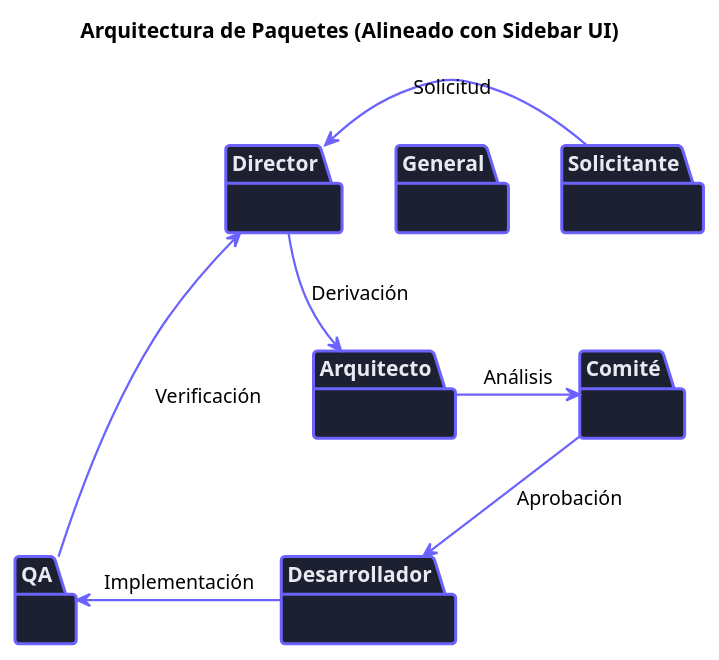
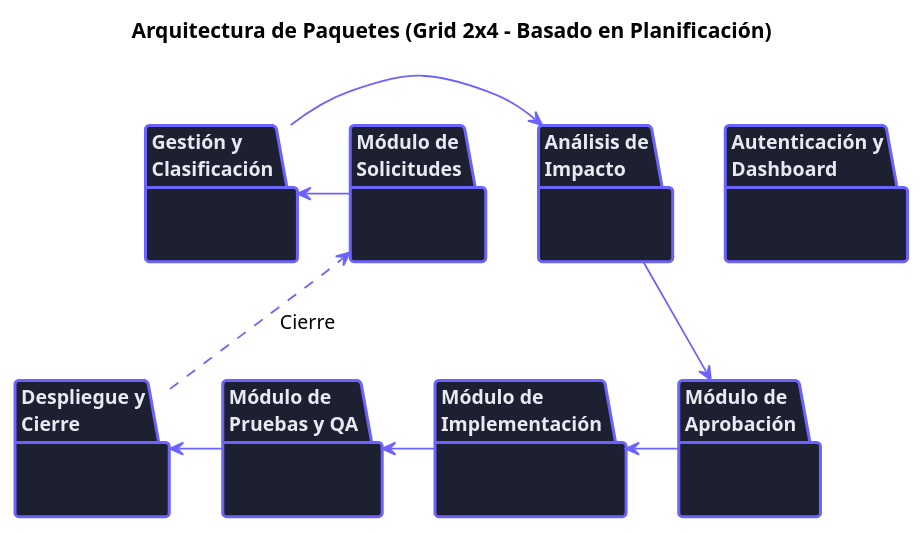
Before and after one commit to nkmelndz/gestion-cambios: the diagram in diagramas/arquitectura_paquetes.puml, drawn with PlantUML. The commit also changed 1 other file, not shown here.

Commit message:
paquetes

```diff
--- a/diagramas/arquitectura_paquetes.puml
+++ b/diagramas/arquitectura_paquetes.puml
@@ -1,49 +1,50 @@
 @startuml Arquitectura de Paquetes - GestioCambios
 
 ' --- Estilo y Configuración ---
 skinparam package {
     BackgroundColor #1c2030
     BorderColor #6c63ff
     FontColor #e8eaf2
-    FontSize 14
+    FontSize 13
     BorderThickness 2
 }
 skinparam arrow {
     Color #6c63ff
-    Thickness 1.5
+    Thickness 1.2
 }
 skinparam Shadowing false
 
-title Arquitectura de Paquetes (Alineado con Sidebar UI)
+title Arquitectura de Paquetes (Grid 2x4 - Basado en Planificación)
 
-' --- Estructura de Paquetes (7 Módulos) ---
-
+' --- Fila 1 ---
 together {
-  package "General" as P1 {}
-  package "Solicitante" as P2 {}
-  package "Director" as P3 {}
+  package "Autenticación y\nDashboard" as P1 {}
+  package "Módulo de\nSolicitudes" as P2 {}
+  package "Gestión y\nClasificación" as P3 {}
+  package "Análisis de\nImpacto" as P4 {}
 }
 
+' --- Fila 2 ---
 together {
-  package "Arquitecto" as P4 {}
-  package "Comité" as P5 {}
+  package "Módulo de\nAprobación" as P5 {}
+  package "Módulo de\nImplementación" as P6 {}
+  package "Módulo de\nPruebas y QA" as P7 {}
+  package "Despliegue y\nCierre" as P8 {}
 }
 
-together {
-  package "Desarrollador" as P6 {}
-  package "QA" as P7 {}
-}
+' --- Alineación Vertical ---
+P1 -[hidden]down- P5
+P2 -[hidden]down- P6
+P3 -[hidden]down- P7
+P4 -[hidden]down- P8
 
-' --- Alineación y Flujo ---
-P1 -[hidden]down- P4
-P2 -[hidden]down- P5
-P3 -[hidden]down- P6
-
-P2 -right-> P3 : Solicitud
-P3 -down-> P4 : Derivación
-P4 -right-> P5 : Análisis
-P5 -down-> P6 : Aprobación
-P6 -right-> P7 : Implementación
-P7 -up-> P3 : Verificación
+' --- Flujo de Dependencias ---
+P2 -right-> P3
+P3 -right-> P4
+P4 -down-> P5
+P5 -left-> P6
+P6 -left-> P7
+P7 -left-> P8
+P8 ..> P2 : Cierre
 
 @enduml
```
